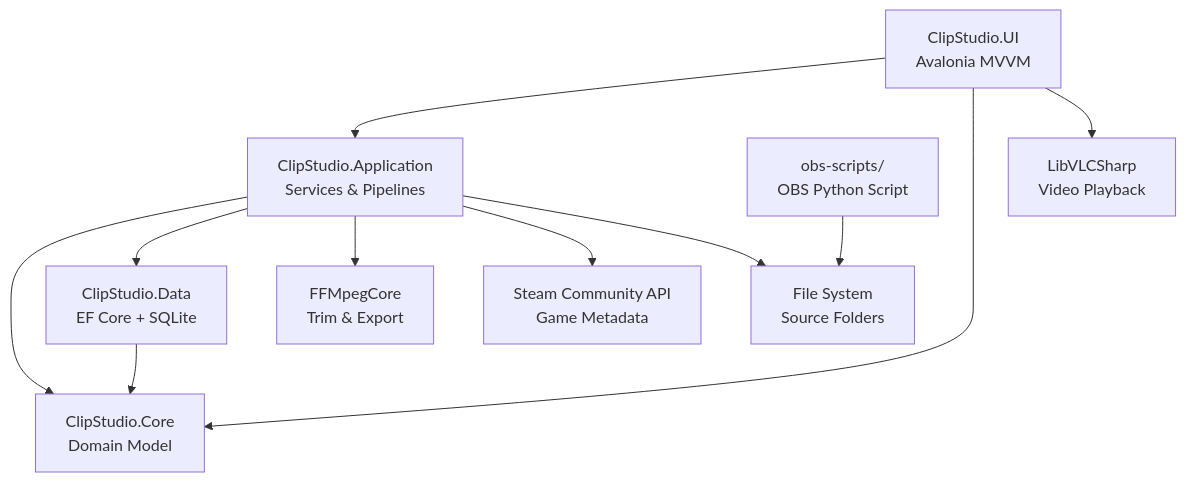
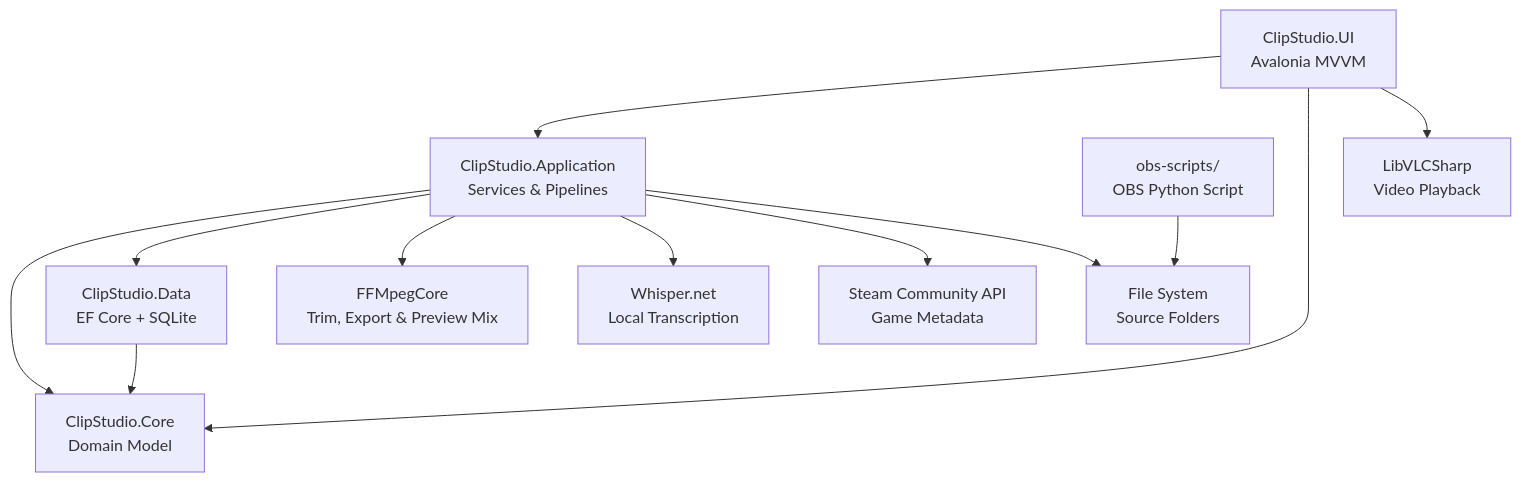
The diagram in README.md (Phazertron/ClipStudio), drawn with Mermaid before and after one commit. The commit also changed other lines of this file, not shown here.

````diff
--- a/README.md
+++ b/README.md
@@ -34,23 +218,25 @@
 ```mermaid
 graph TD
     UI[ClipStudio.UI\nAvalonia MVVM]
     APP[ClipStudio.Application\nServices & Pipelines]
     DATA[ClipStudio.Data\nEF Core + SQLite]
     CORE[ClipStudio.Core\nDomain Model]
     OBS[obs-scripts/\nOBS Python Script]
     VLC[LibVLCSharp\nVideo Playback]
-    FFMPEG[FFMpegCore\nTrim & Export]
+    FFMPEG[FFMpegCore\nTrim, Export & Preview Mix]
+    WHISPER[Whisper.net\nLocal Transcription]
     STEAM[Steam Community API\nGame Metadata]
     FS[File System\nSource Folders]
 
     UI --> APP
     UI --> CORE
     UI --> VLC
     APP --> CORE
     APP --> DATA
     APP --> FFMPEG
+    APP --> WHISPER
     APP --> STEAM
     DATA --> CORE
     OBS --> FS
     APP --> FS
 ```
````
